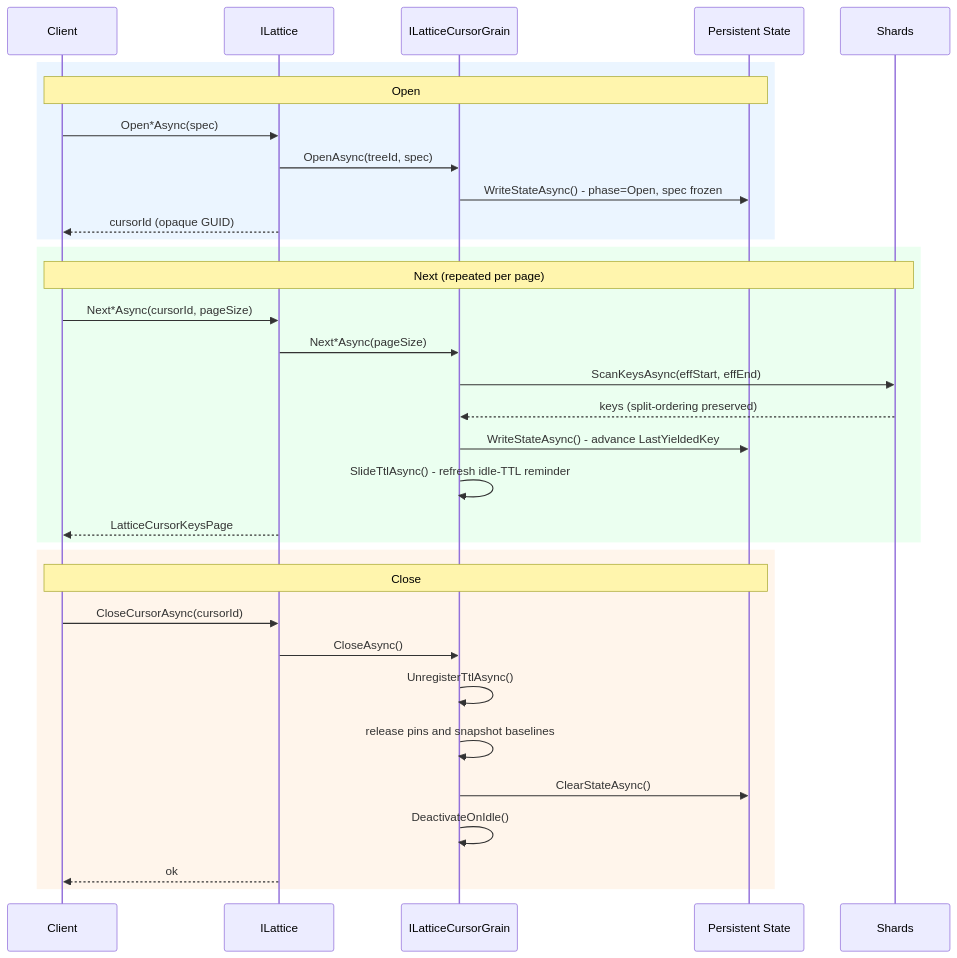
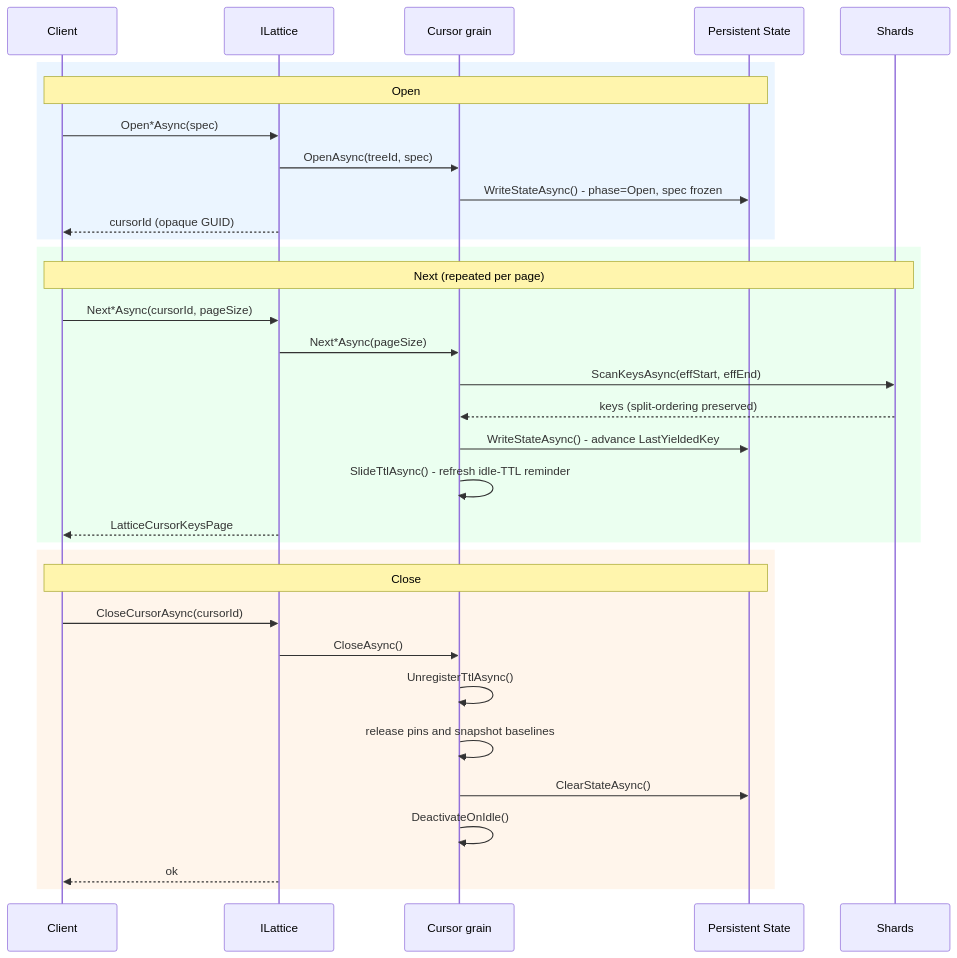
Before and after one commit to NSTA1/Orleans.Lattice: the first of 4 diagrams in docs/lattice/durable-cursors.md, drawn with Mermaid. The commit also changed other lines of this file and 202 other files, not shown here.

````diff
--- a/docs/lattice/durable-cursors.md
+++ b/docs/lattice/durable-cursors.md
@@ -40,38 +40,38 @@
 ```mermaid
 sequenceDiagram
     participant C as Client
     participant L as ILattice
-    participant G as ILatticeCursorGrain
+    participant G as Cursor grain
     participant P as Persistent State
     participant S as Shards
 
     rect rgb(235,245,255)
         Note over C,P: Open
         C->>L: Open*Async(spec)
         L->>G: OpenAsync(treeId, spec)
         G->>P: WriteStateAsync() - phase=Open, spec frozen
         L-->>C: cursorId (opaque GUID)
     end
 
     rect rgb(235,255,240)
         Note over C,S: Next (repeated per page)
         C->>L: Next*Async(cursorId, pageSize)
         L->>G: Next*Async(pageSize)
         G->>S: ScanKeysAsync(effStart, effEnd)
         S-->>G: keys (split-ordering preserved)
         G->>P: WriteStateAsync() - advance LastYieldedKey
         G->>G: SlideTtlAsync() - refresh idle-TTL reminder
         L-->>C: LatticeCursorKeysPage
     end
 
     rect rgb(255,245,235)
         Note over C,P: Close
         C->>L: CloseCursorAsync(cursorId)
         L->>G: CloseAsync()
         G->>G: UnregisterTtlAsync()
         G->>G: release pins and snapshot baselines
         G->>P: ClearStateAsync()
         G->>G: DeactivateOnIdle()
         L-->>C: ok
     end
 ```
````
